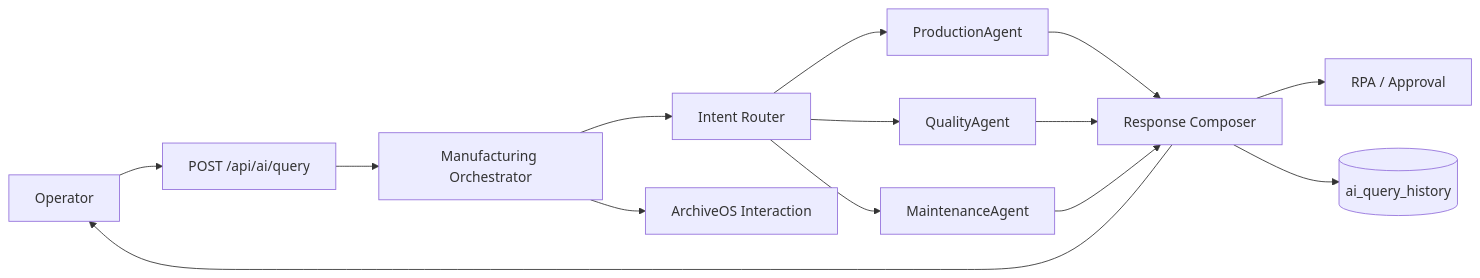
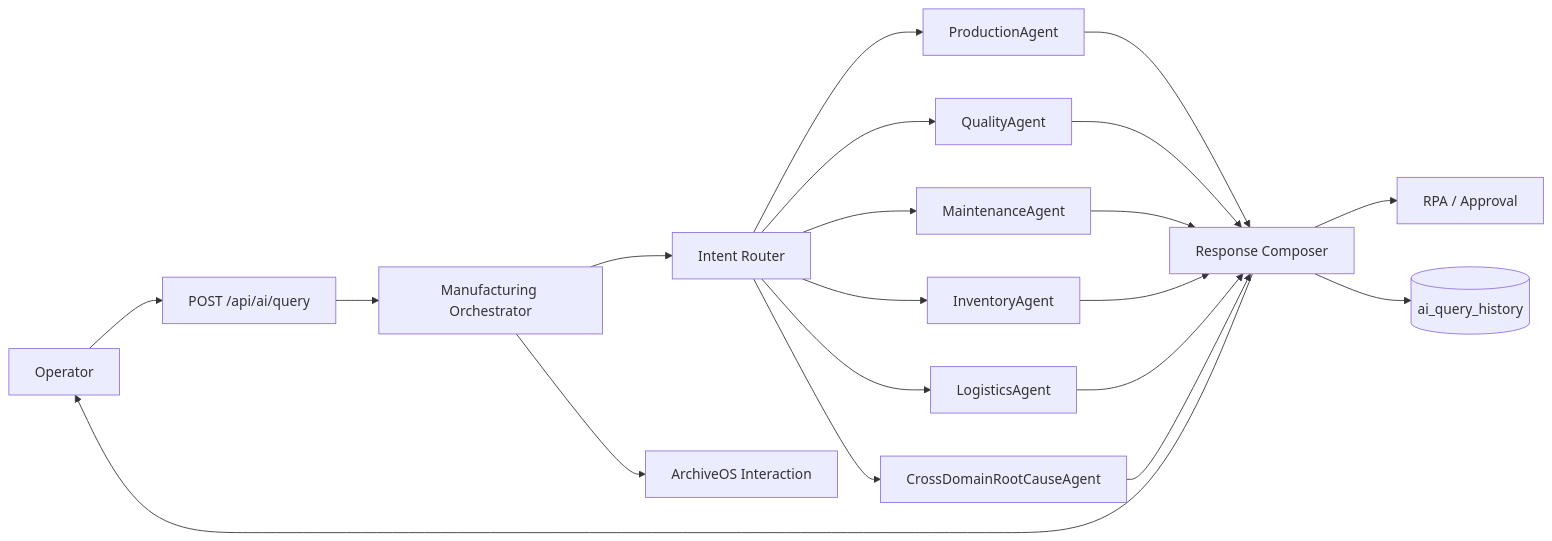
One commit to CSJ-PJT/Archive-Nexus changed the first of 2 diagrams in docs/multi-agent-architecture.md. Above: the diagram before and after it, drawn with Mermaid. The commit also changed other lines of this file and 38 other files, not shown here.

````diff
--- a/docs/multi-agent-architecture.md
+++ b/docs/multi-agent-architecture.md
@@ -21,16 +21,22 @@
 ```mermaid
 flowchart LR
     Operator[Operator] --> API[POST /api/ai/query]
     API --> Orchestrator[Manufacturing Orchestrator]
     Orchestrator --> Router[Intent Router]
     Router --> P[ProductionAgent]
     Router --> Q[QualityAgent]
     Router --> M[MaintenanceAgent]
+    Router --> I[InventoryAgent]
+    Router --> L[LogisticsAgent]
+    Router --> X[CrossDomainRootCauseAgent]
     P --> Composer[Response Composer]
     Q --> Composer
     M --> Composer
+    I --> Composer
+    L --> Composer
+    X --> Composer
     Composer --> RPA[RPA / Approval]
     Orchestrator --> AOS[ArchiveOS Interaction]
     Composer --> History[(ai_query_history)]
     Composer --> Operator
 ```
````
